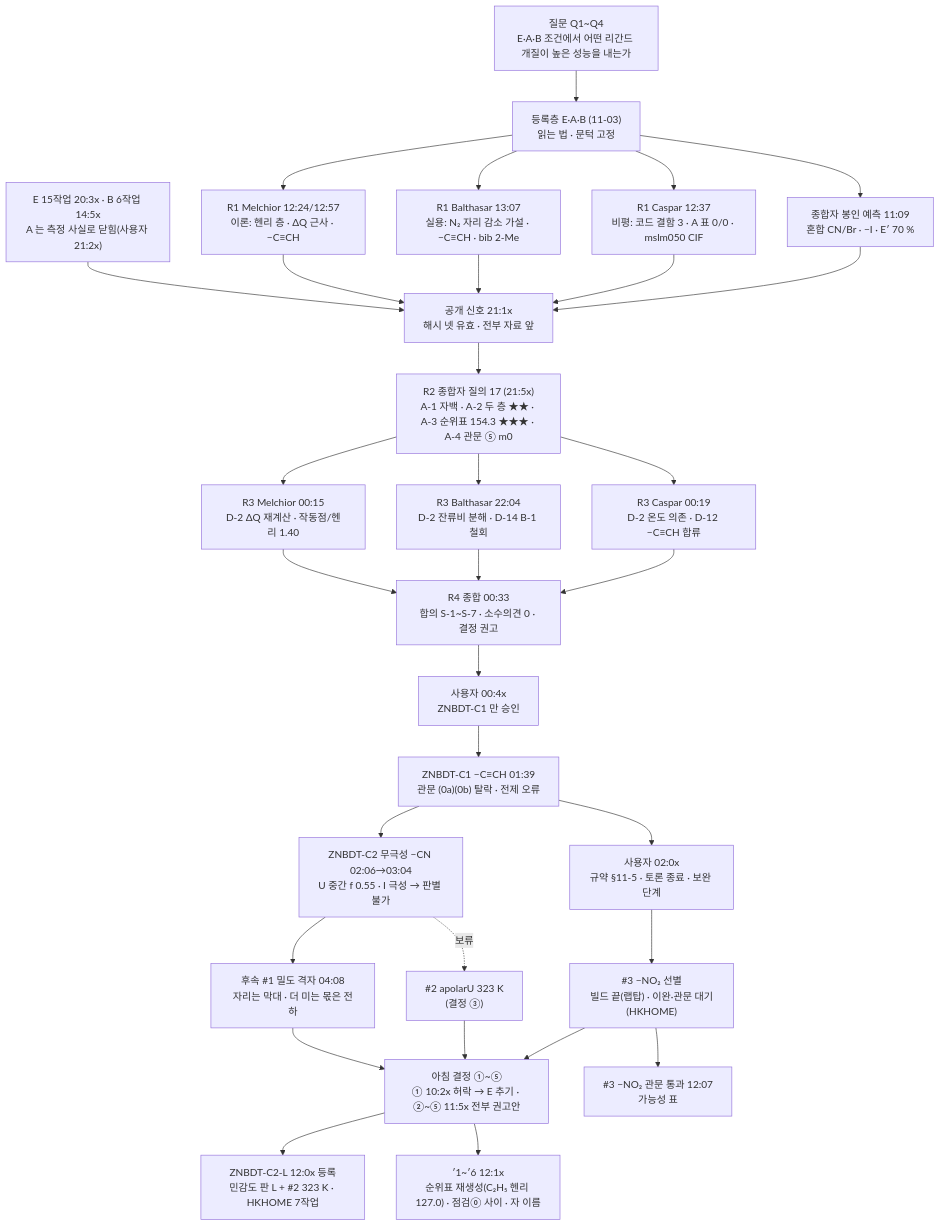
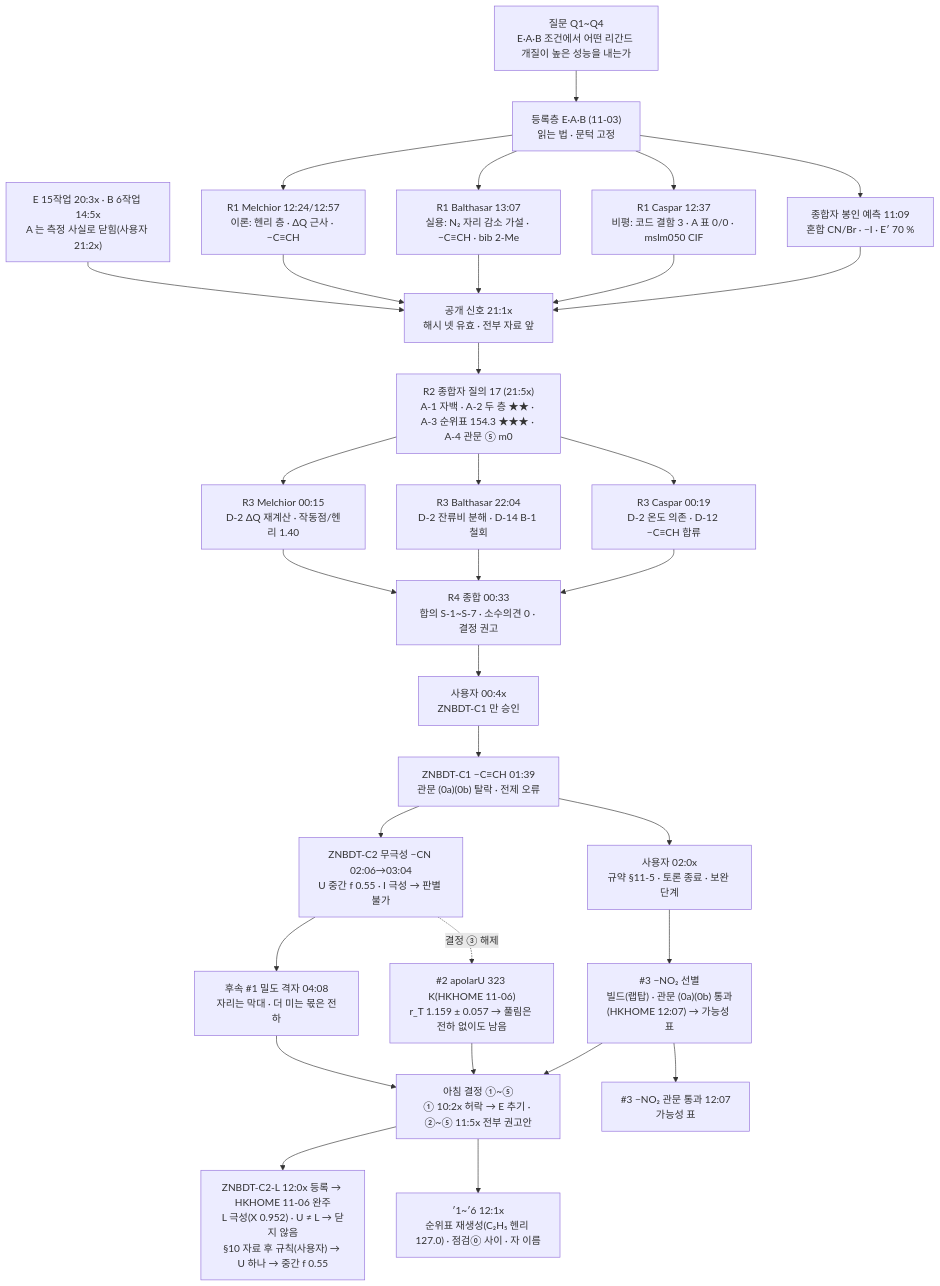
Before and after one commit to mangwon3-commits/Czero_mtv_mof: the first of 2 diagrams in 21_ZIF69_MTV/MAGI/MAGI-007_obsidian/graph/FLOW.md, drawn with Mermaid. The commit also changed other lines of this file and 10 other files, not shown here.

````diff
--- a/21_ZIF69_MTV/MAGI/MAGI-007_obsidian/graph/FLOW.md
+++ b/21_ZIF69_MTV/MAGI/MAGI-007_obsidian/graph/FLOW.md
@@ -14,26 +14,26 @@
 ```mermaid
 flowchart TD
   Q["질문 Q1~Q4<br/>E·A·B 조건에서 어떤 리간드 개질이 높은 성능을 내는가"] --> REG["등록층 E·A·B (11-03)<br/>읽는 법 · 문턱 고정"]
   REG --> SEAL["종합자 봉인 예측 11:09<br/>혼합 CN/Br · −I · E′ 70 %"]
   REG --> R1M["R1 Melchior 12:24/12:57<br/>이론: 헨리 층 · ΔQ 근사 · −C≡CH"]
   REG --> R1B["R1 Balthasar 13:07<br/>실용: N₂ 자리 감소 가설 · −C≡CH · bib 2-Me"]
   REG --> R1C["R1 Caspar 12:37<br/>비평: 코드 결함 3 · A 표 0/0 · mslm050 CIF"]
   EAB["E 15작업 20:3x · B 6작업 14:5x<br/>A 는 측정 사실로 닫힘(사용자 21:2x)"] --> OPEN
   R1M & R1B & R1C & SEAL --> OPEN["공개 신호 21:1x<br/>해시 넷 유효 · 전부 자료 앞"]
   OPEN --> R2["R2 종합자 질의 17 (21:5x)<br/>A-1 자백 · A-2 두 층 ★★ · A-3 순위표 154.3 ★★★ · A-4 관문 ⑤ m0"]
   R2 --> R3M["R3 Melchior 00:15<br/>D-2 ΔQ 재계산 · 작동점/헨리 1.40"]
   R2 --> R3B["R3 Balthasar 22:04<br/>D-2 잔류비 분해 · D-14 B-1 철회"]
   R2 --> R3C["R3 Caspar 00:19<br/>D-2 온도 의존 · D-12 −C≡CH 합류"]
   R3M & R3B & R3C --> R4["R4 종합 00:33<br/>합의 S-1~S-7 · 소수의견 0 · 결정 권고"]
   R4 --> U1["사용자 00:4x<br/>ZNBDT-C1 만 승인"]
   U1 --> C1["ZNBDT-C1 −C≡CH 01:39<br/>관문 (0a)(0b) 탈락 · 전제 오류"]
   C1 --> U2["사용자 02:0x<br/>규약 §11-5 · 토론 종료 · 보완 단계"]
   C1 --> C2["ZNBDT-C2 무극성 −CN 02:06→03:04<br/>U 중간 f 0.55 · I 극성 → 판별 불가"]
   C2 --> F1["후속 #1 밀도 격자 04:08<br/>자리는 막대 · 더 미는 몫은 전하"]
-  C2 -.보류.-> F2["#2 apolarU 323 K<br/>(결정 ③)"]
-  U2 --> F3["#3 −NO₂ 선별<br/>빌드 끝(랩탑) · 이완·관문 대기(HKHOME)"]
+  C2 -.결정 ③ 해제.-> F2["#2 apolarU 323 K(HKHOME 11-06)<br/>r_T 1.159 ± 0.057 → 풀림은 전하 없이도 남음"]
+  U2 --> F3["#3 −NO₂ 선별<br/>빌드(랩탑) · 관문 (0a)(0b) 통과(HKHOME 12:07) → 가능성 표"]
   F1 & F2 & F3 --> AM["아침 결정 ①~⑤<br/>① 10:2x 허락 → E 추기 · ②~⑤ 11:5x 전부 권고안"]
-  AM --> L["ZNBDT-C2-L 12:0x 등록<br/>민감도 판 L + #2 323 K · HKHOME 7작업"]
+  AM --> L["ZNBDT-C2-L 12:0x 등록 → HKHOME 11-06 완주<br/>L 극성(X 0.952) · U ≠ L → 닫지 않음<br/>§10 자료 후 규칙(사용자) → U 하나 → 중간 f 0.55"]
   AM --> AMD["′1~′6 12:1x<br/>순위표 재생성(C₂H₅ 헨리 127.0) · 점검⓪ 사이 · 자 이름"]
   F3 --> N3["#3 −NO₂ 관문 통과 12:07<br/>가능성 표"]
 ```
````
